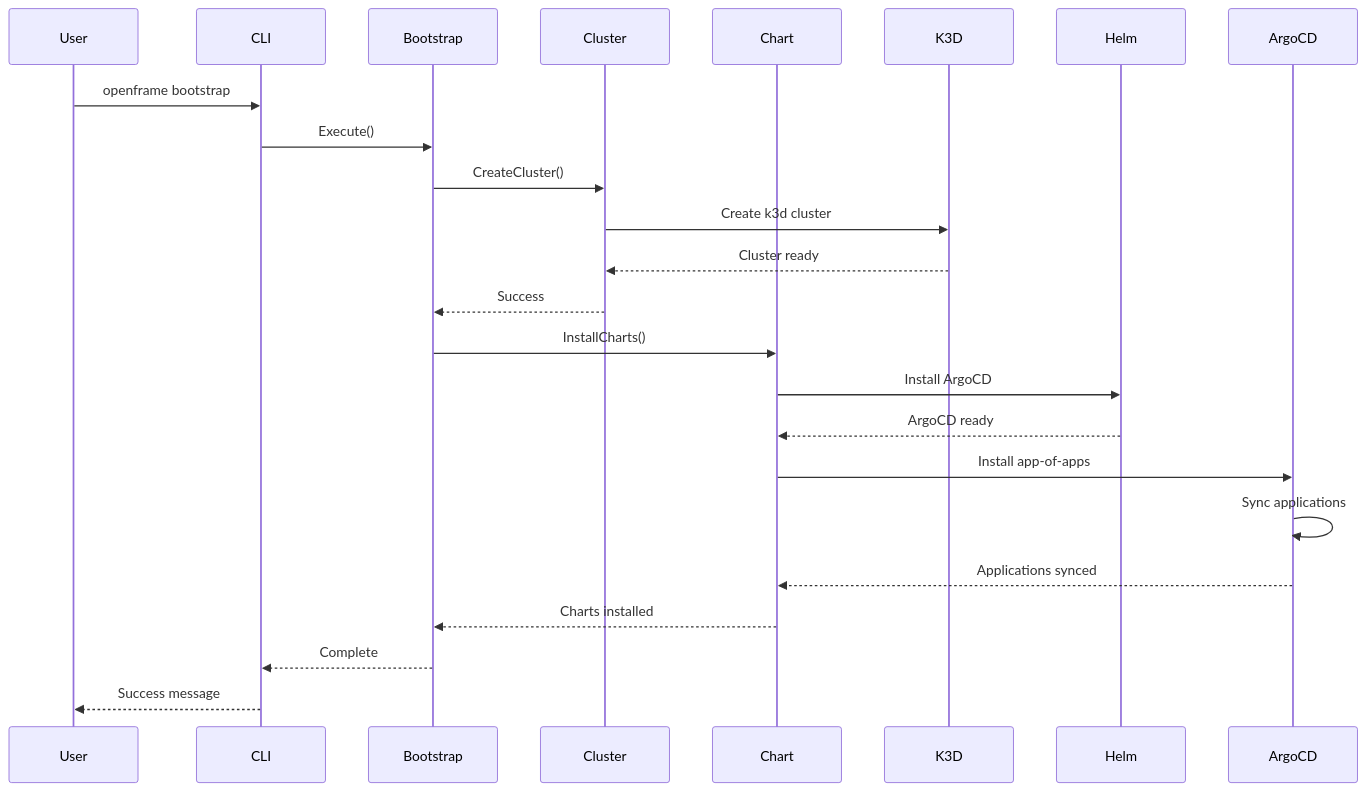
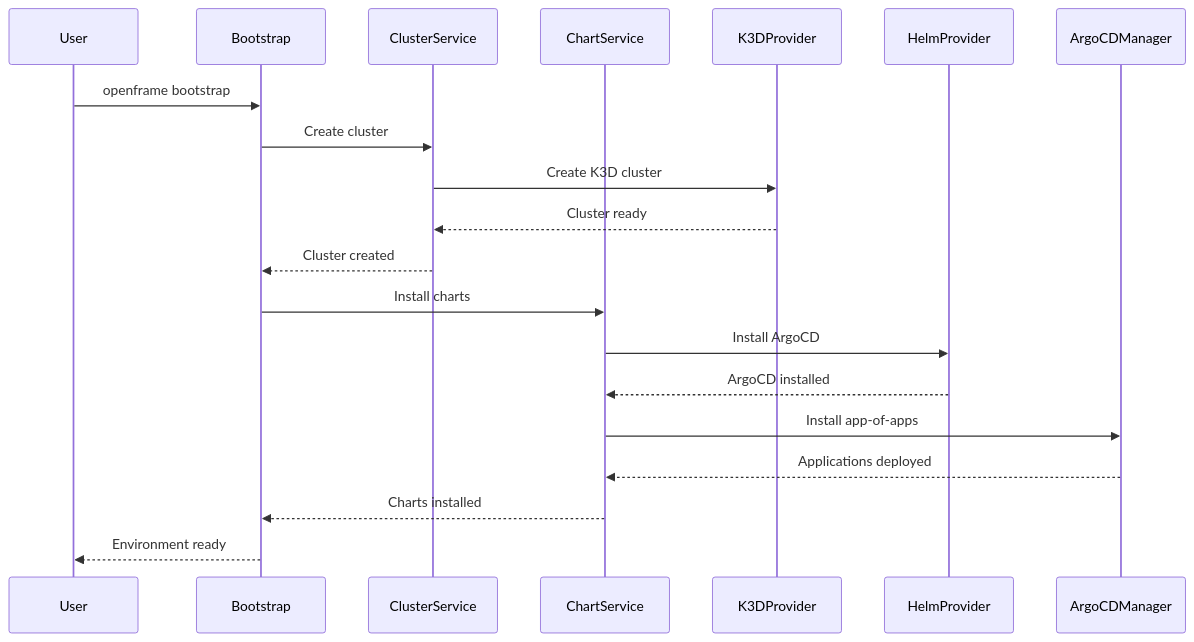
The third of 4 diagrams in docs/reference/architecture/overview.md (flamingo-stack/openframe-cli), drawn with Mermaid before and after one commit. The commit also changed other lines of this file and 5 other files, not shown here.

````diff
--- a/docs/reference/architecture/overview.md
+++ b/docs/reference/architecture/overview.md
@@ -124,29 +130,25 @@
 ```mermaid
 sequenceDiagram
     participant User
-    participant CLI
     participant Bootstrap
-    participant Cluster
-    participant Chart
-    participant K3D
-    participant Helm
-    participant ArgoCD
+    participant ClusterService
+    participant ChartService
+    participant K3DProvider
+    participant HelmProvider
+    participant ArgoCDManager
     
-    User->>CLI: openframe bootstrap
-    CLI->>Bootstrap: Execute()
-    Bootstrap->>Cluster: CreateCluster()
-    Cluster->>K3D: Create k3d cluster
-    K3D-->>Cluster: Cluster ready
-    Cluster-->>Bootstrap: Success
+    User->>Bootstrap: openframe bootstrap
+    Bootstrap->>ClusterService: Create cluster
+    ClusterService->>K3DProvider: Create K3D cluster
+    K3DProvider-->>ClusterService: Cluster ready
+    ClusterService-->>Bootstrap: Cluster created
     
-    Bootstrap->>Chart: InstallCharts()
-    Chart->>Helm: Install ArgoCD
-    Helm-->>Chart: ArgoCD ready
-    Chart->>ArgoCD: Install app-of-apps
-    ArgoCD->>ArgoCD: Sync applications
-    ArgoCD-->>Chart: Applications synced
-    Chart-->>Bootstrap: Charts installed
+    Bootstrap->>ChartService: Install charts
+    ChartService->>HelmProvider: Install ArgoCD
+    HelmProvider-->>ChartService: ArgoCD installed
+    ChartService->>ArgoCDManager: Install app-of-apps
+    ArgoCDManager-->>ChartService: Applications deployed
+    ChartService-->>Bootstrap: Charts installed
     
-    Bootstrap-->>CLI: Complete
-    CLI-->>User: Success message
+    Bootstrap-->>User: Environment ready
 ```
````
